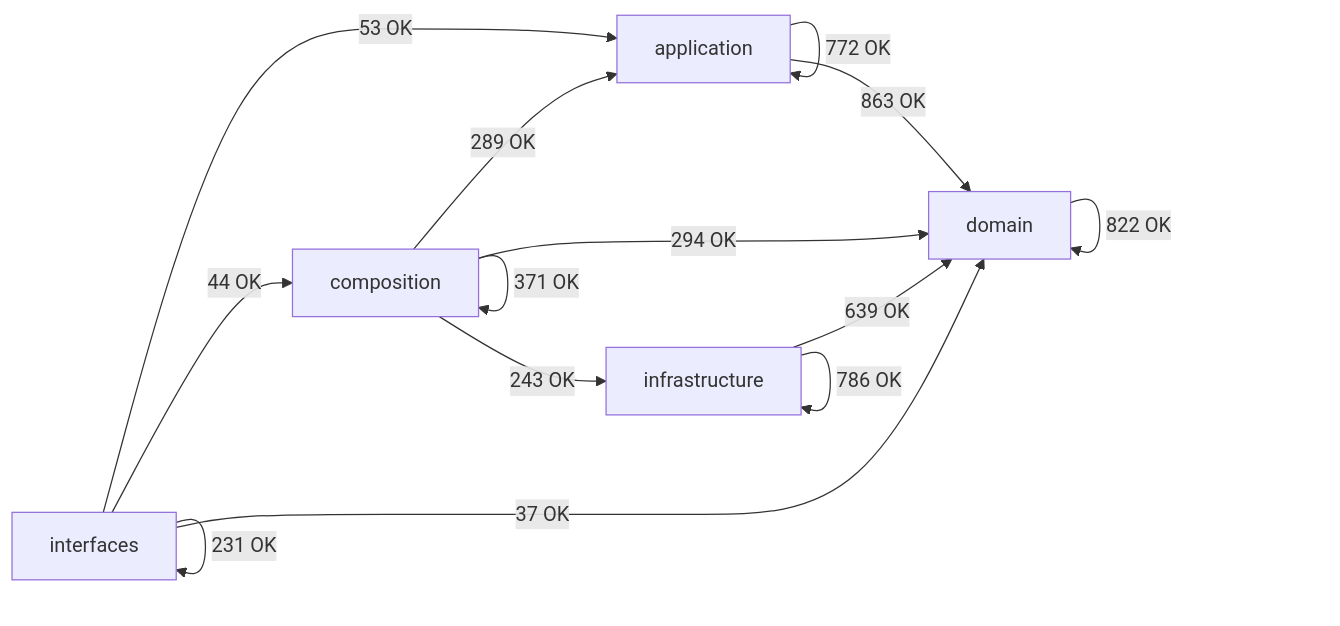
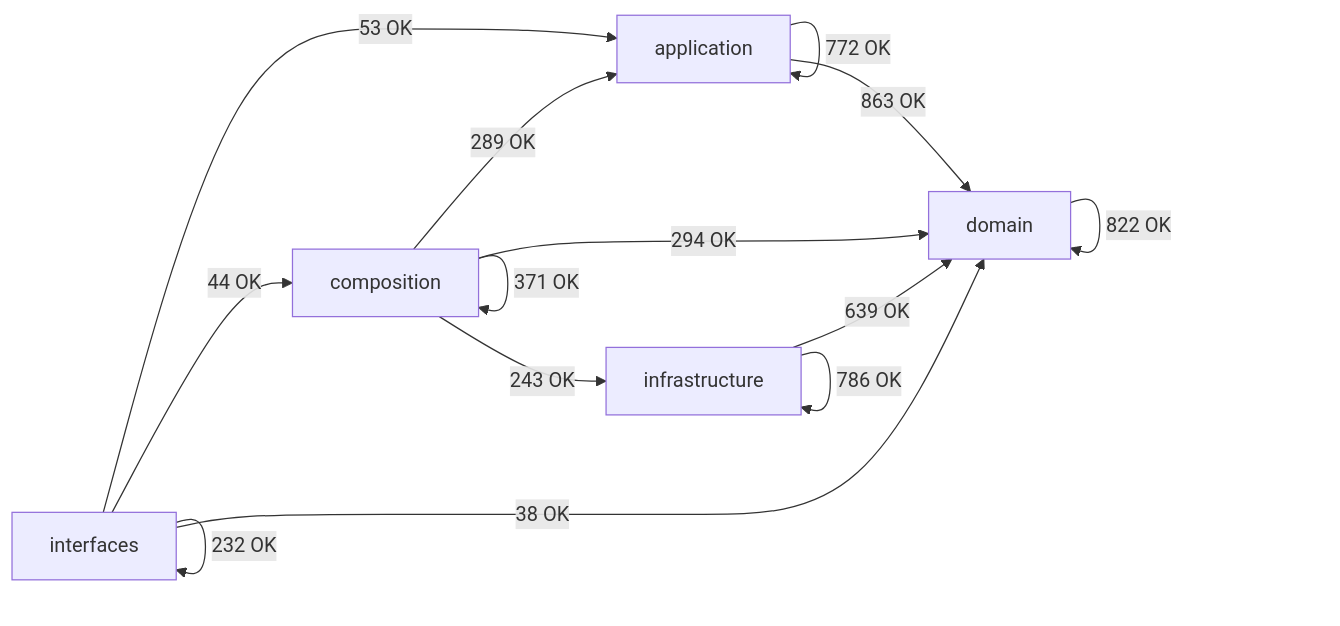
One commit to SatoryKono/BioactivityDataAcquisition changed the diagram in docs/02-architecture/generated/module-dependency-map.md. Above: the diagram before and after it, drawn with Mermaid. The commit also changed other lines of this file and 30 other files, not shown here.

````diff
--- a/docs/02-architecture/generated/module-dependency-map.md
+++ b/docs/02-architecture/generated/module-dependency-map.md
@@ -17,21 +17,21 @@
 ```mermaid
 flowchart LR
     domain[domain]
     application[application]
     infrastructure[infrastructure]
     composition[composition]
     interfaces[interfaces]
     application -->|772 OK| application
     application -->|863 OK| domain
     composition -->|289 OK| application
     composition -->|371 OK| composition
     composition -->|294 OK| domain
     composition -->|243 OK| infrastructure
     domain -->|822 OK| domain
     infrastructure -->|639 OK| domain
     infrastructure -->|786 OK| infrastructure
     interfaces -->|53 OK| application
     interfaces -->|44 OK| composition
-    interfaces -->|37 OK| domain
-    interfaces -->|231 OK| interfaces
+    interfaces -->|38 OK| domain
+    interfaces -->|232 OK| interfaces
 ```
````
